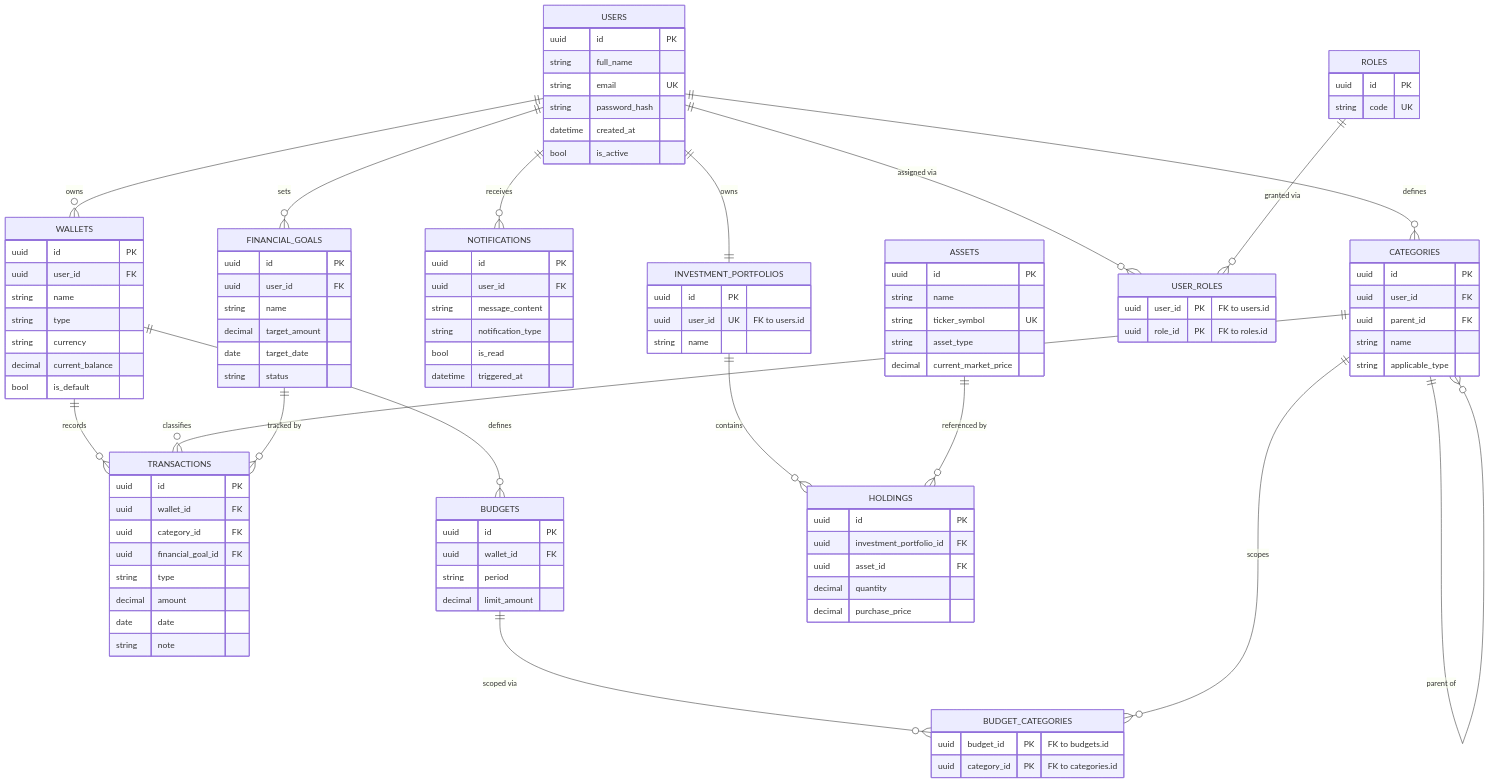
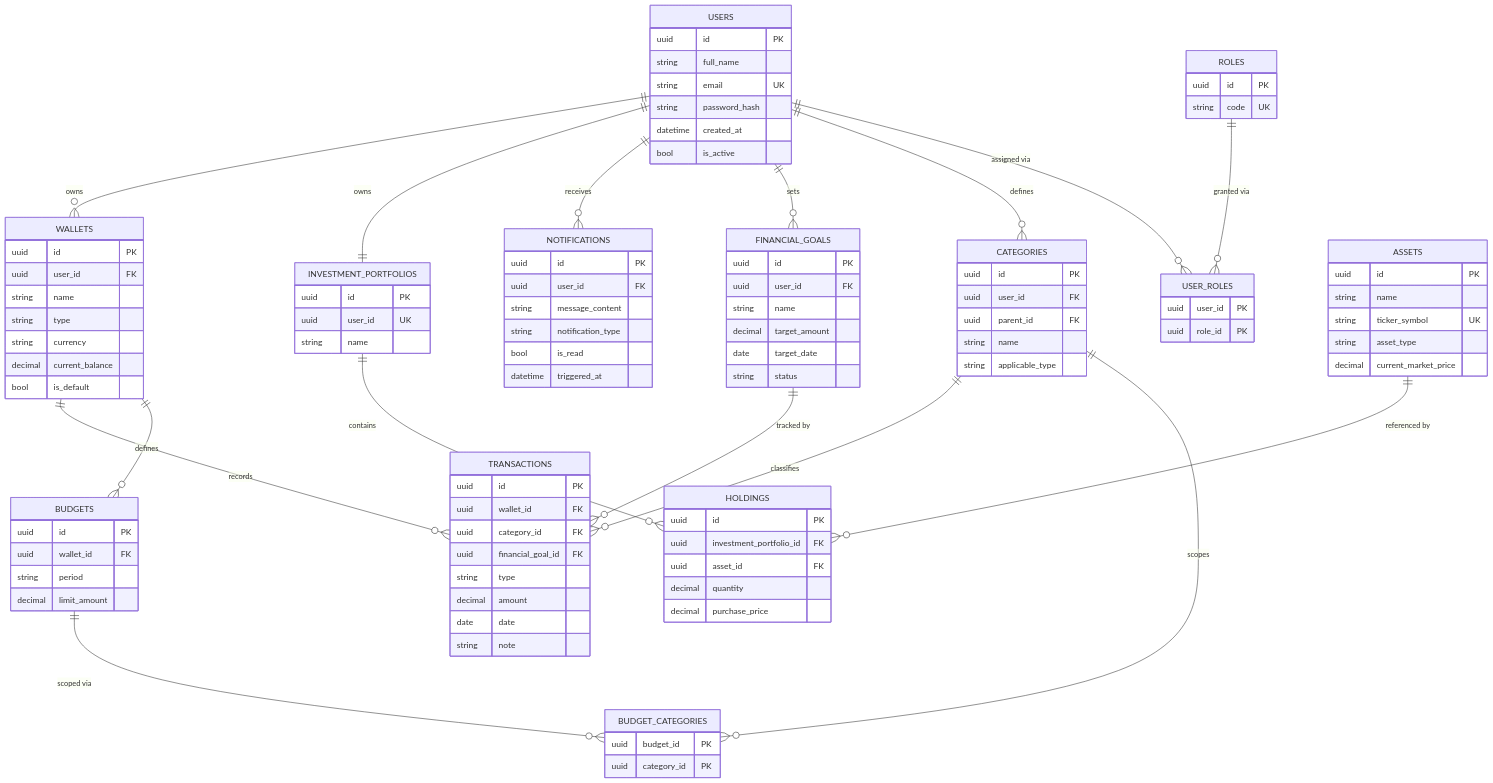
One commit to homertruong66/pfm changed the diagram in SDS.md. Above: the diagram before and after it, drawn with Mermaid. The commit also changed other lines of this file and 1 other file, not shown here.

Commit message:
fix SDS preview issue

```diff
--- a/SDS.md
+++ b/SDS.md
@@ -702,7 +703,6 @@
     FINANCIAL_GOALS ||--o{ TRANSACTIONS : "tracked by"
     BUDGETS ||--o{ BUDGET_CATEGORIES : "scoped via"
     CATEGORIES ||--o{ BUDGET_CATEGORIES : scopes
-    CATEGORIES ||--o{ CATEGORIES : "parent of"
 
     USERS {
         uuid id PK
@@ -717,8 +717,8 @@
         string code UK
     }
     USER_ROLES {
-        uuid user_id PK "FK to users.id"
-        uuid role_id PK "FK to roles.id"
+        uuid user_id PK
+        uuid role_id PK
     }
     WALLETS {
         uuid id PK
@@ -743,8 +743,8 @@
         decimal limit_amount
     }
     BUDGET_CATEGORIES {
-        uuid budget_id PK "FK to budgets.id"
-        uuid category_id PK "FK to categories.id"
+        uuid budget_id PK
+        uuid category_id PK
     }
     TRANSACTIONS {
         uuid id PK
@@ -766,7 +766,7 @@
     }
     INVESTMENT_PORTFOLIOS {
         uuid id PK
-        uuid user_id UK "FK to users.id"
+        uuid user_id UK
         string name
     }
     HOLDINGS {
```
